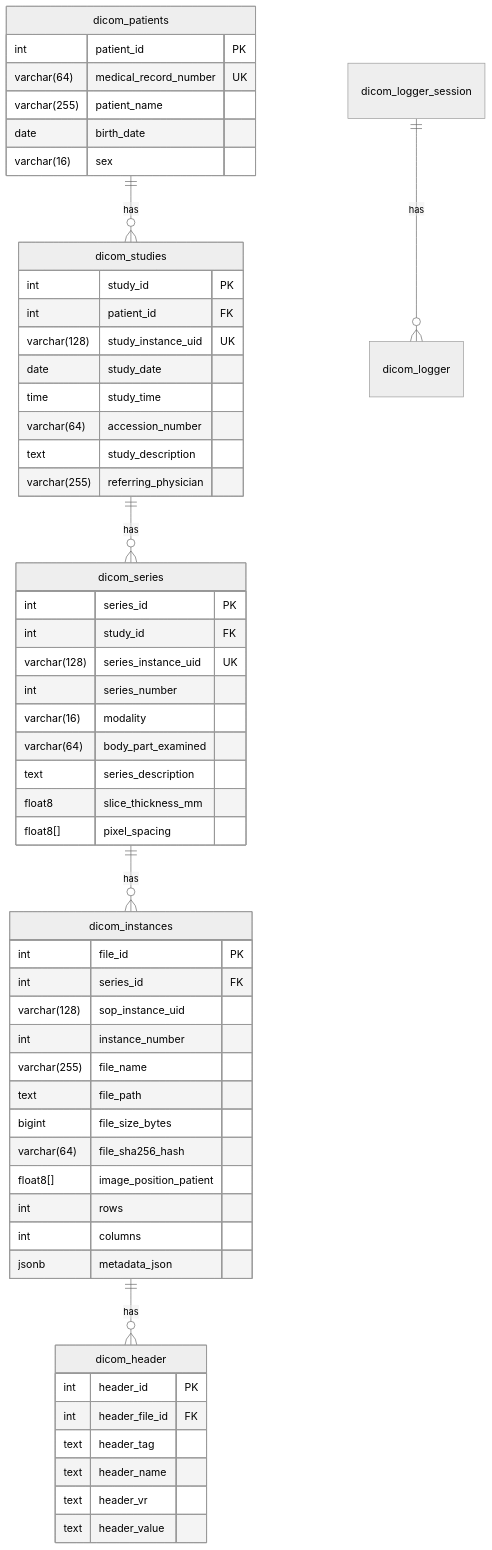
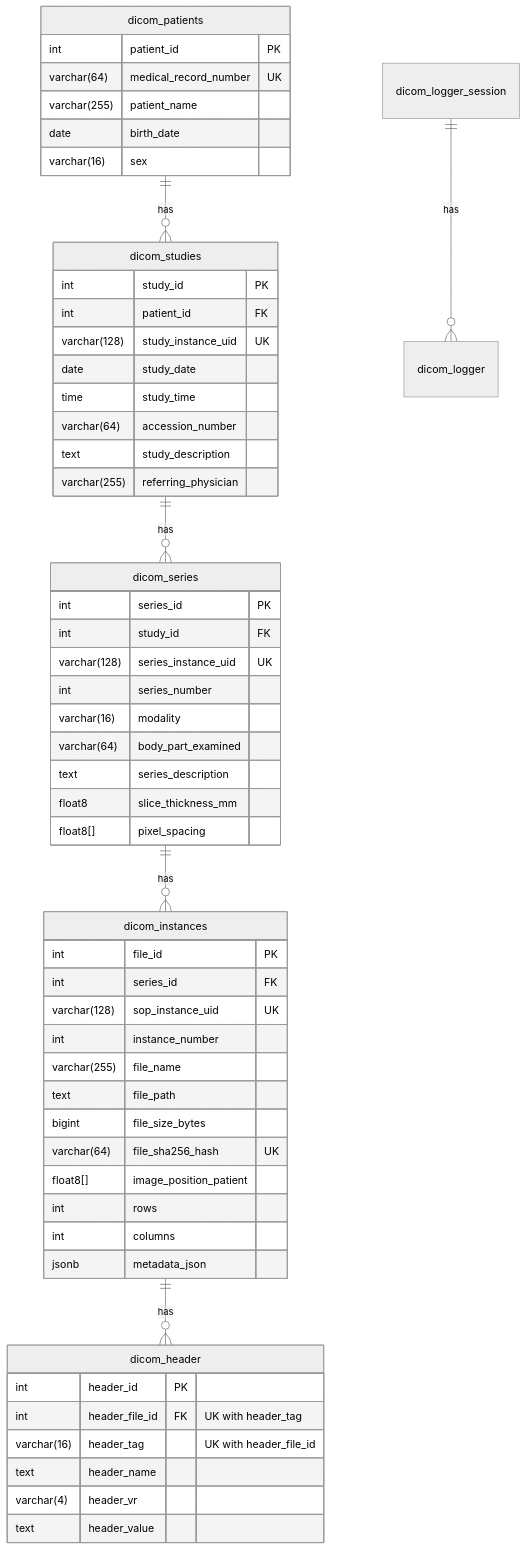
The second of 2 diagrams in README.md (vybezy/dcm-data-etl), drawn with Mermaid (neutral theme) before and after one commit. The commit also changed other lines of this file and 7 other files, not shown here.

````diff
--- a/README.md
+++ b/README.md
@@ -70,59 +72,59 @@
 ```mermaid
 erDiagram
     dicom_patients ||--o{ dicom_studies : has
     dicom_studies  ||--o{ dicom_series  : has
     dicom_series   ||--o{ dicom_instances : has
     dicom_instances ||--o{ dicom_header : has
     dicom_logger_session ||--o{ dicom_logger : has
 
     dicom_patients {
         int patient_id PK
         varchar(64) medical_record_number UK
         varchar(255) patient_name
         date birth_date
         varchar(16) sex
     }
     dicom_studies {
         int study_id PK
         int patient_id FK
         varchar(128) study_instance_uid UK
         date study_date
         time study_time
         varchar(64) accession_number
         text study_description
         varchar(255) referring_physician
     }
     dicom_series {
         int series_id PK
         int study_id FK
         varchar(128) series_instance_uid UK
         int series_number
         varchar(16) modality
         varchar(64) body_part_examined
         text series_description
         float8 slice_thickness_mm
         float8[] pixel_spacing
     }
     dicom_instances {
         int file_id PK
         int series_id FK
-        varchar(128) sop_instance_uid
+        varchar(128) sop_instance_uid UK
         int instance_number
         varchar(255) file_name
         text file_path
         bigint file_size_bytes
-        varchar(64) file_sha256_hash
+        varchar(64) file_sha256_hash UK
         float8[] image_position_patient
         int rows
         int columns
         jsonb metadata_json
     }
     dicom_header {
         int header_id PK
-        int header_file_id FK
-        text header_tag
+        int header_file_id FK "UK with header_tag"
+        varchar(16) header_tag "UK with header_file_id"
         text header_name
-        text header_vr
+        varchar(4) header_vr
         text header_value
     }
 ```
````
